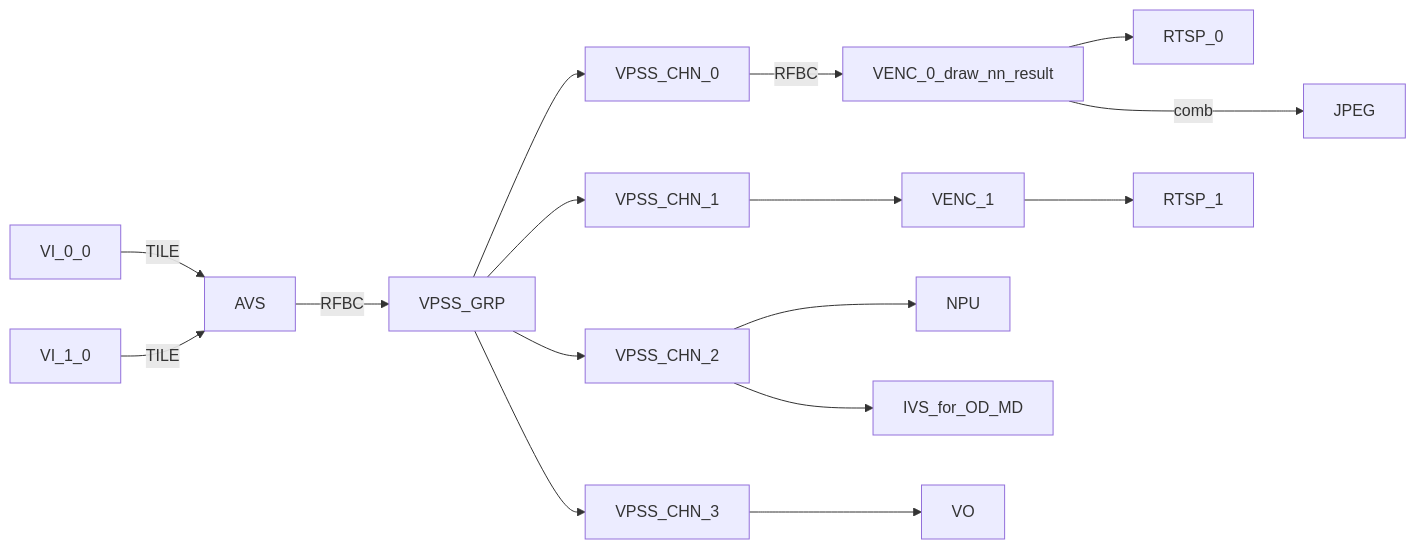
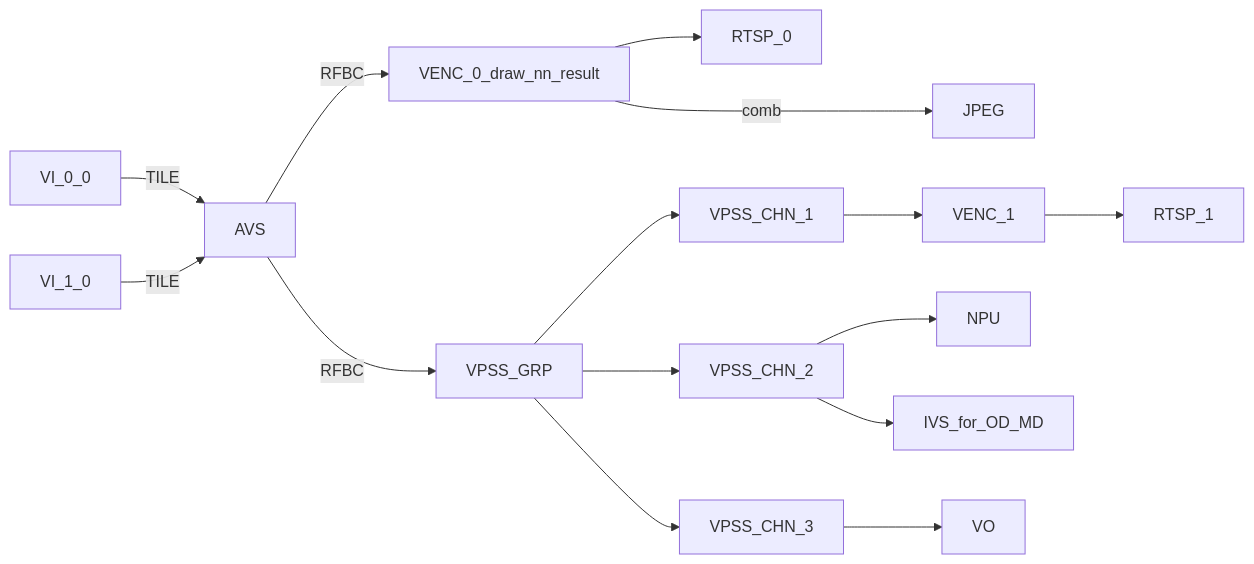
Before and after one commit to mixtile-rockchip/mixtile-sdk-linux-app-rkipc: diagram 17 of 19 in docs/Rockchip_Developer_Guide_Linux_RKIPC_CN.md, drawn with Mermaid. The commit also changed 1 other file, not shown here.

Commit message:
rv1126b_multi_ipc: AVS bind VENC_0 for save bandwidth

````diff
--- a/docs/Rockchip_Developer_Guide_Linux_RKIPC_CN.md
+++ b/docs/Rockchip_Developer_Guide_Linux_RKIPC_CN.md
@@ -430,12 +430,12 @@
 ```mermaid
 graph LR
        VI_0_0--TILE-->AVS
        VI_1_0--TILE-->AVS
        AVS--RFBC-->VPSS_GRP
-       VPSS_GRP-->VPSS_CHN_0--RFBC-->VENC_0_draw_nn_result-->RTSP_0
+       AVS--RFBC-->VENC_0_draw_nn_result-->RTSP_0
        VENC_0_draw_nn_result--combo-->JPEG
        VPSS_GRP-->VPSS_CHN_1-->VENC_1-->RTSP_1
        VPSS_GRP-->VPSS_CHN_2-->NPU
 	   VPSS_CHN_2-->IVS_for_OD_MD
 	   VPSS_GRP-->VPSS_CHN_3-->VO
 ```
````
